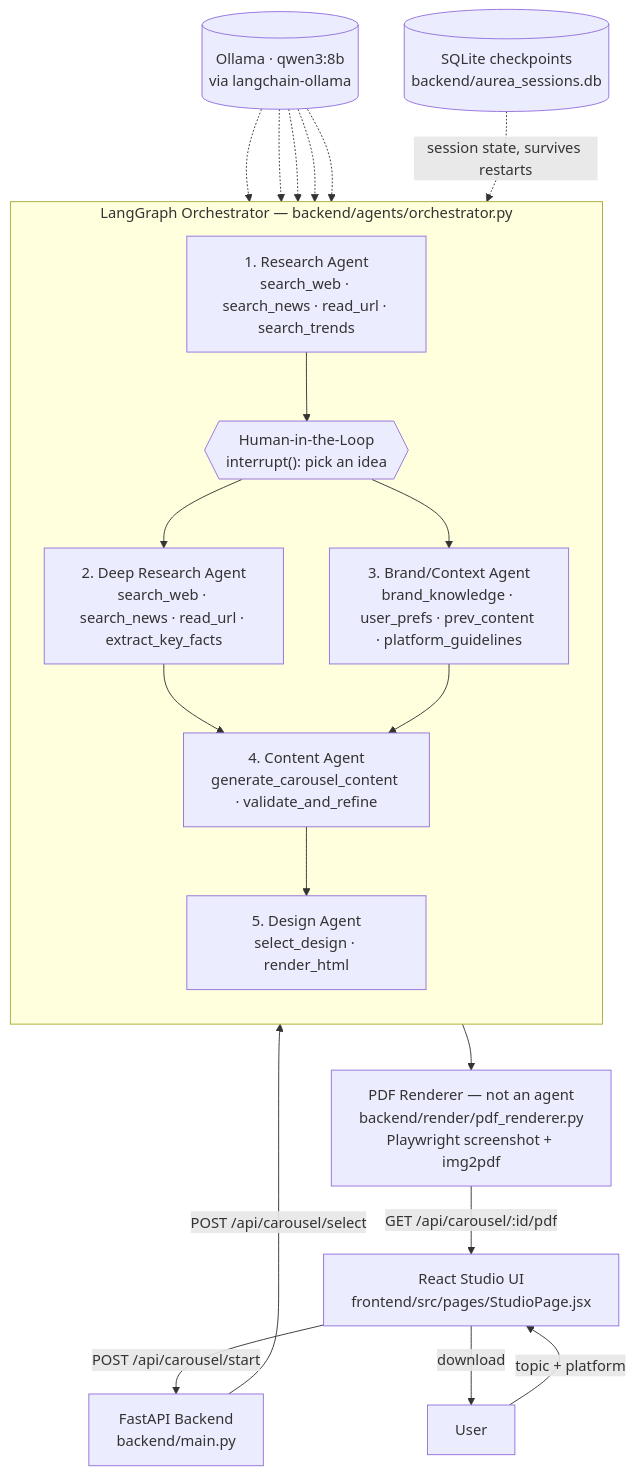
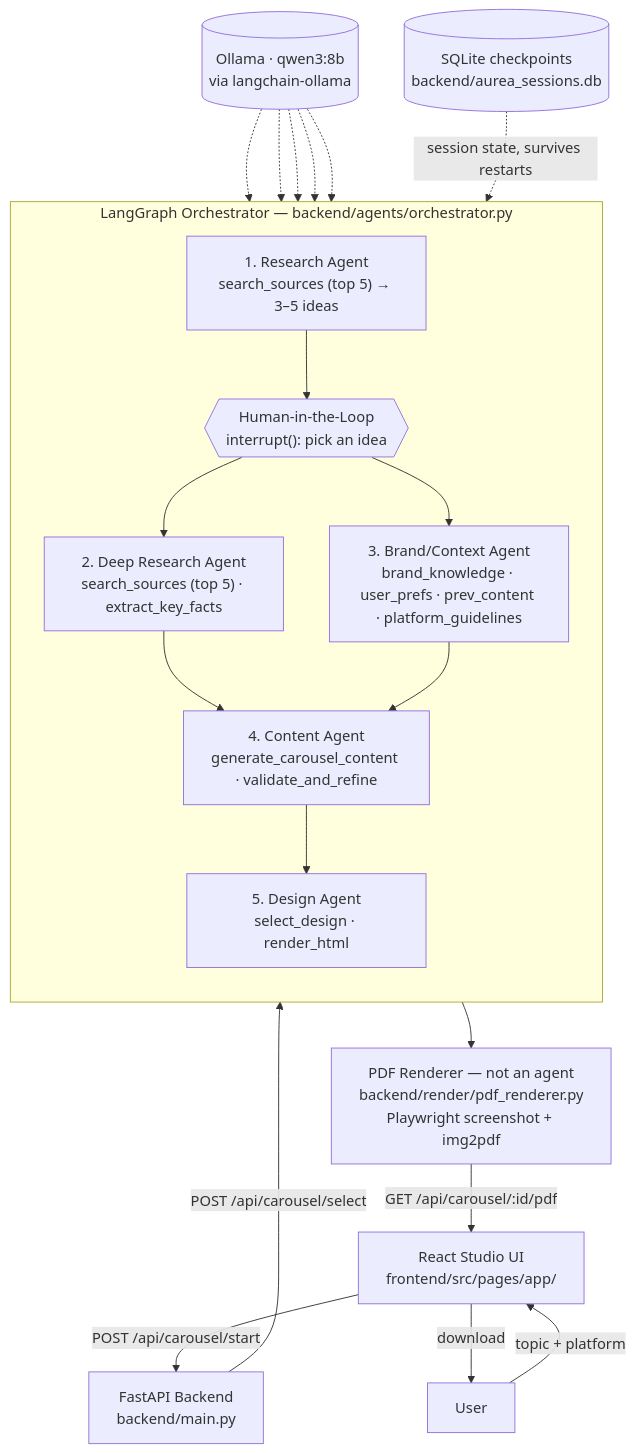
The diagram in README.md (rithvikkatpelly/MAO), drawn with Mermaid before and after one commit. The commit also changed other lines of this file and 37 other files, not shown here.

First line of the commit message:
Rebuild the frontend as a full creator studio app

````diff
--- a/README.md
+++ b/README.md
@@ -20,30 +20,30 @@
 ```mermaid
 flowchart TD
-    U[User] -->|topic + platform| FE[React Studio UI<br/>frontend/src/pages/StudioPage.jsx]
+    U[User] -->|topic + platform| FE[React Studio UI<br/>frontend/src/pages/app/]
     FE -->|POST /api/carousel/start| API[FastAPI Backend<br/>backend/main.py]
     API -->|POST /api/carousel/select| ORCH
 
     subgraph ORCH[LangGraph Orchestrator — backend/agents/orchestrator.py]
         direction TB
-        R["1. Research Agent<br/>search_web · search_news · read_url · search_trends"]
+        R["1. Research Agent<br/>search_sources (top 5) → 3–5 ideas"]
         H{{"Human-in-the-Loop<br/>interrupt(): pick an idea"}}
-        DR["2. Deep Research Agent<br/>search_web · search_news · read_url · extract_key_facts"]
+        DR["2. Deep Research Agent<br/>search_sources (top 5) · extract_key_facts"]
         BR["3. Brand/Context Agent<br/>brand_knowledge · user_prefs · prev_content · platform_guidelines"]
         C["4. Content Agent<br/>generate_carousel_content · validate_and_refine"]
         D["5. Design Agent<br/>select_design · render_html"]
 
         R --> H
         H --> DR
         H --> BR
         DR --> C
         BR --> C
         C --> D
     end
 
     D --> PDF["PDF Renderer — not an agent<br/>backend/render/pdf_renderer.py<br/>Playwright screenshot + img2pdf"]
     PDF -->|GET /api/carousel/:id/pdf| FE
     FE -->|download| U
 
     LLM[("Ollama · qwen3:8b<br/>via langchain-ollama")] -.-> R & DR & BR & C & D
     STORE[("SQLite checkpoints<br/>backend/aurea_sessions.db")] -.->|session state, survives restarts| ORCH
 ```
````
